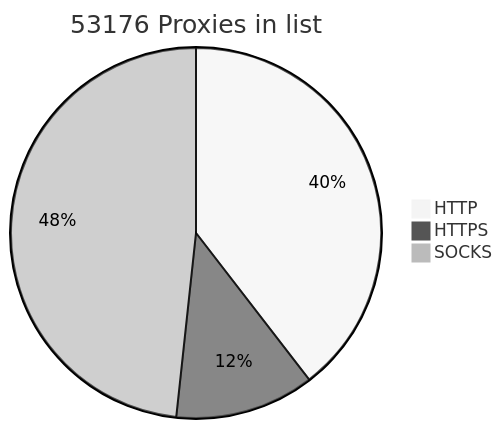
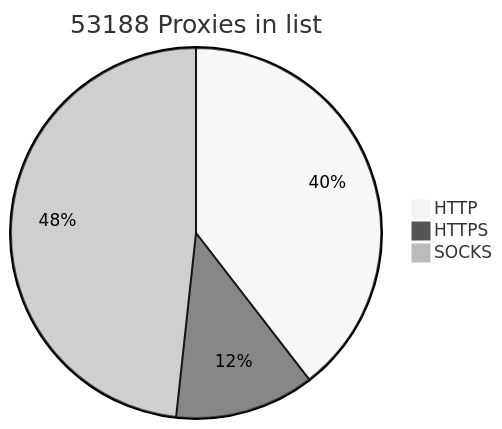
The diagram in README.md (BlackSnowDot/proxylist-update-every-minute), drawn with Mermaid (neutral theme) before and after one commit.

````diff
--- a/README.md
+++ b/README.md
@@ -2,6 +2,6 @@
 ```mermaid
-pie title 53176 Proxies in list
-    "HTTP" : 23479
-    "HTTPS": 7224
+pie title 53188 Proxies in list
+    "HTTP" : 23480
+    "HTTPS": 7236
     "SOCKS" : 28680
 ```
````
